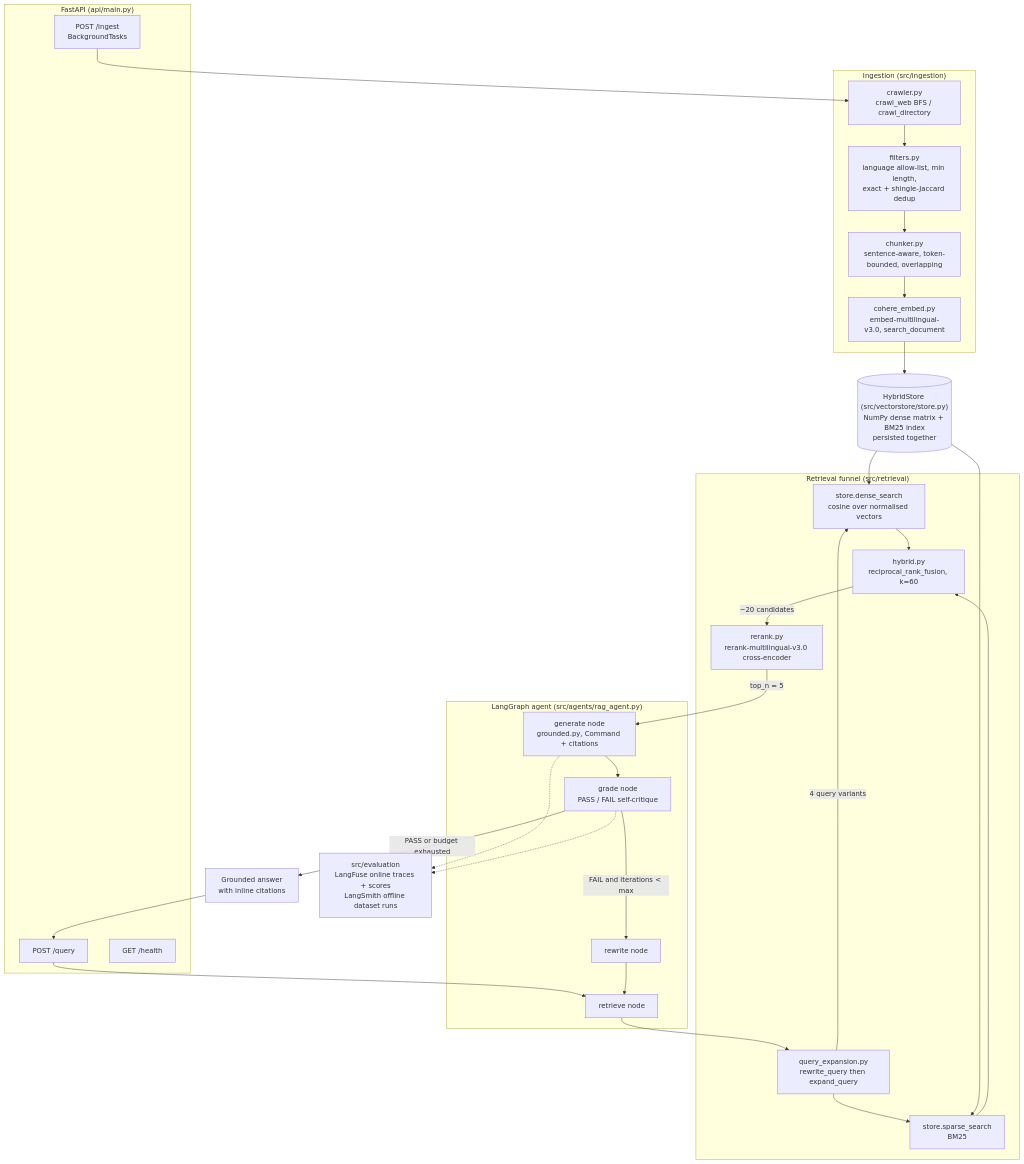
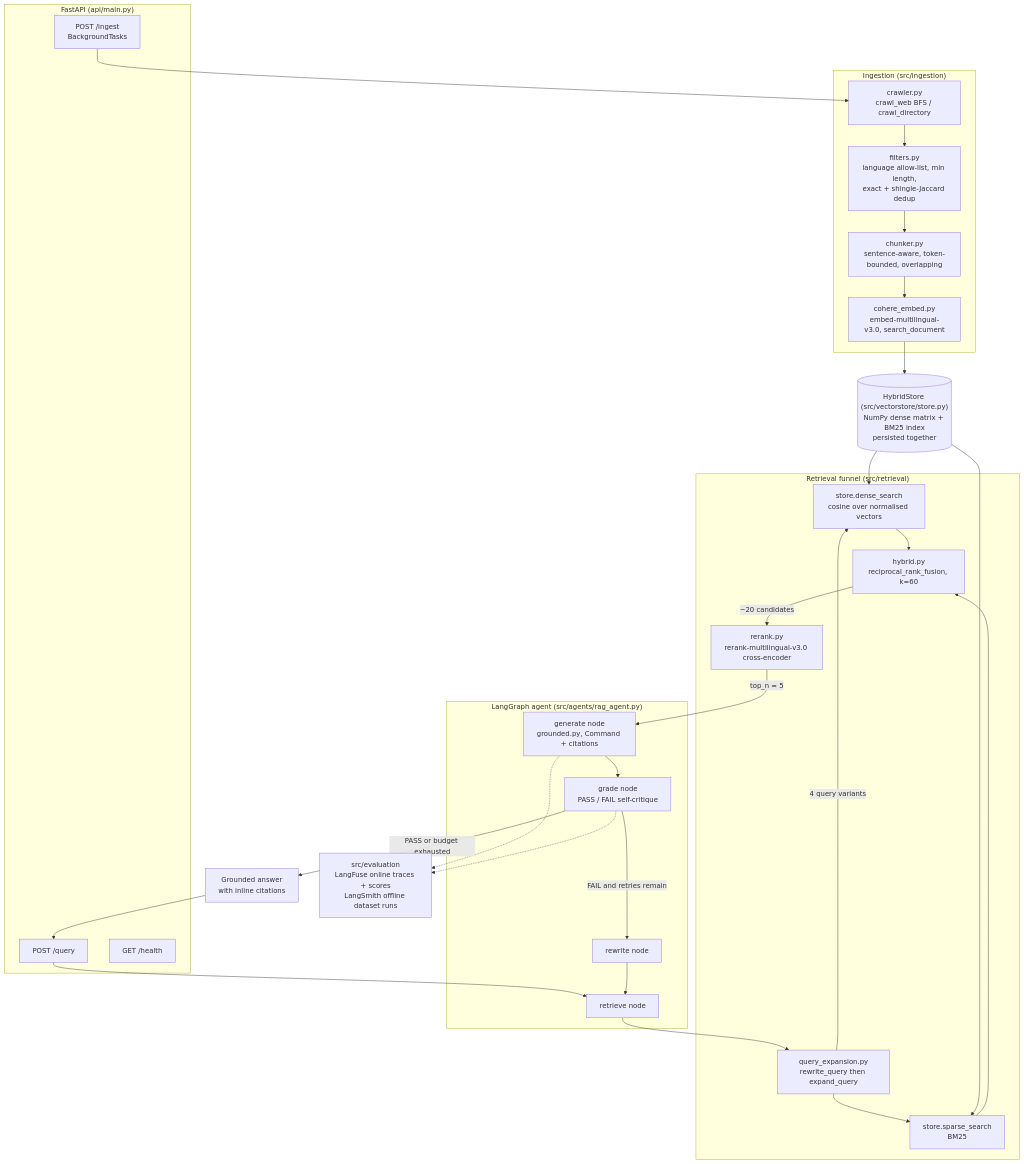
Before and after one commit to nikhil-ghind/babel: the diagram in README.md, drawn with Mermaid.

Commit message:
Simplify a diagram edge label

````diff
--- a/README.md
+++ b/README.md
@@ -52,53 +52,53 @@
 ```mermaid
 flowchart TB
     subgraph ingest["Ingestion (src/ingestion)"]
         CRAWL["crawler.py<br/>crawl_web BFS / crawl_directory"]
         FILT["filters.py<br/>language allow-list, min length,<br/>exact + shingle-Jaccard dedup"]
         CHUNK["chunker.py<br/>sentence-aware, token-bounded, overlapping"]
         EMBD["cohere_embed.py<br/>embed-multilingual-v3.0, search_document"]
     end
 
     STORE[("HybridStore (src/vectorstore/store.py)<br/>NumPy dense matrix + BM25 index<br/>persisted together")]
 
     subgraph retr["Retrieval funnel (src/retrieval)"]
         REW["query_expansion.py<br/>rewrite_query then expand_query"]
         DENSE["store.dense_search<br/>cosine over normalised vectors"]
         SPARSE["store.sparse_search<br/>BM25"]
         RRF["hybrid.py<br/>reciprocal_rank_fusion, k=60"]
         RR["rerank.py<br/>rerank-multilingual-v3.0 cross-encoder"]
     end
 
     subgraph ag["LangGraph agent (src/agents/rag_agent.py)"]
         RETN["retrieve node"]
         GENN["generate node<br/>grounded.py, Command + citations"]
         GRADE["grade node<br/>PASS / FAIL self-critique"]
         REWN["rewrite node"]
     end
 
     subgraph apis["FastAPI (api/main.py)"]
         Q["POST /query"]
         I["POST /ingest<br/>BackgroundTasks"]
         H["GET /health"]
     end
 
     EVAL["src/evaluation<br/>LangFuse online traces + scores<br/>LangSmith offline dataset runs"]
 
     I --> CRAWL --> FILT --> CHUNK --> EMBD --> STORE
     Q --> RETN
     RETN --> REW
     REW -->|"4 query variants"| DENSE
     REW --> SPARSE
     STORE --> DENSE
     STORE --> SPARSE
     DENSE --> RRF
     SPARSE --> RRF
     RRF -->|"~20 candidates"| RR
     RR -->|"top_n = 5"| GENN
     GENN --> GRADE
-    GRADE -->|"FAIL and iterations &lt; max"| REWN
+    GRADE -->|"FAIL and retries remain"| REWN
     REWN --> RETN
     GRADE -->|"PASS or budget exhausted"| ANS["Grounded answer<br/>with inline citations"]
     ANS --> Q
     GENN -.-> EVAL
     GRADE -.-> EVAL
 ```
````
